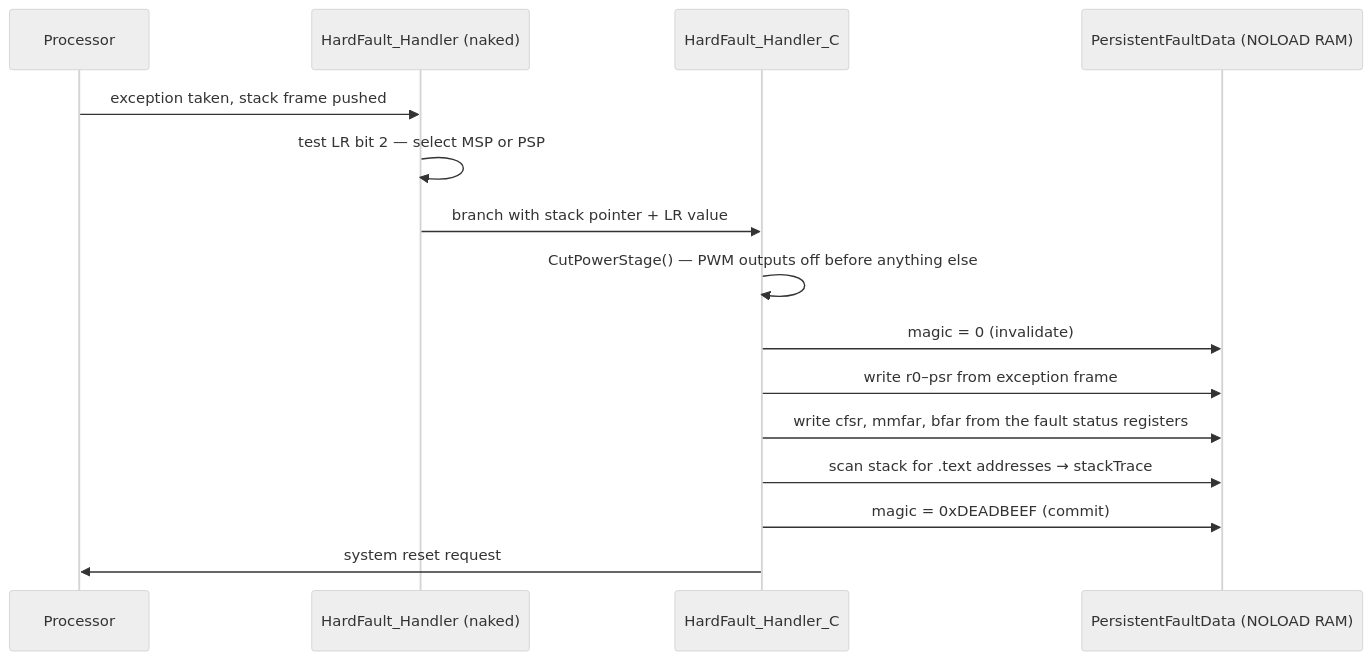
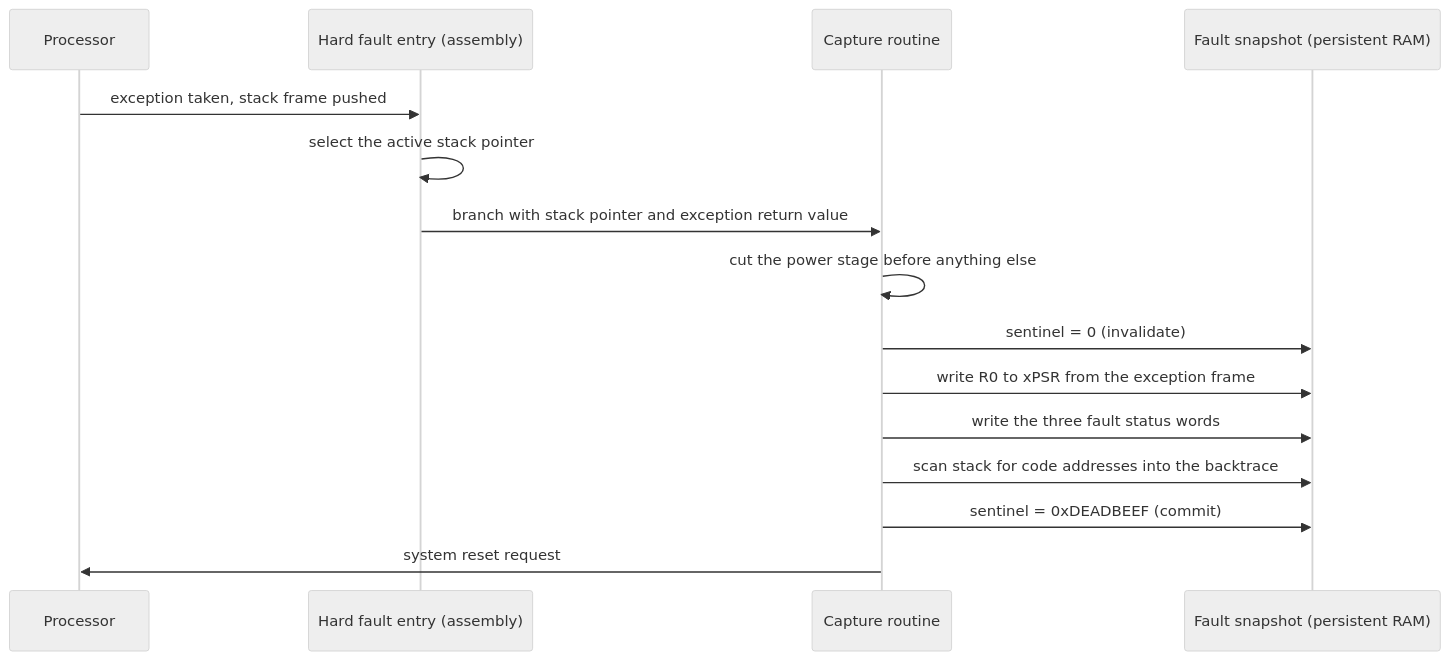
One commit to embedded-pro/e-foc changed the third of 3 diagrams in documentation/design/error-handling.md. Above: the diagram before and after it, drawn with Mermaid (neutral theme). The commit also changed other lines of this file and 37 other files, not shown here.

````diff
--- a/documentation/design/error-handling.md
+++ b/documentation/design/error-handling.md
@@ -311,18 +312,18 @@
 ```mermaid
 sequenceDiagram
     participant CPU as Processor
-    participant Asm as HardFault_Handler (naked)
-    participant C as HardFault_Handler_C
-    participant PFD as PersistentFaultData (NOLOAD RAM)
+    participant Entry as Hard fault entry (assembly)
+    participant Capture as Capture routine
+    participant Snapshot as Fault snapshot (persistent RAM)
 
-    CPU->>Asm: exception taken, stack frame pushed
-    Asm->>Asm: test LR bit 2 — select MSP or PSP
-    Asm->>C: branch with stack pointer + LR value
-    C->>C: CutPowerStage() — PWM outputs off before anything else
-    C->>PFD: magic = 0  (invalidate)
-    C->>PFD: write r0–psr from exception frame
-    C->>PFD: write cfsr, mmfar, bfar from the fault status registers
-    C->>PFD: scan stack for .text addresses → stackTrace
-    C->>PFD: magic = 0xDEADBEEF  (commit)
-    C->>CPU: system reset request
+    CPU->>Entry: exception taken, stack frame pushed
+    Entry->>Entry: select the active stack pointer
+    Entry->>Capture: branch with stack pointer and exception return value
+    Capture->>Capture: cut the power stage before anything else
+    Capture->>Snapshot: sentinel = 0 (invalidate)
+    Capture->>Snapshot: write R0 to xPSR from the exception frame
+    Capture->>Snapshot: write the three fault status words
+    Capture->>Snapshot: scan stack for code addresses into the backtrace
+    Capture->>Snapshot: sentinel = 0xDEADBEEF (commit)
+    Capture->>CPU: system reset request
 ```
````
